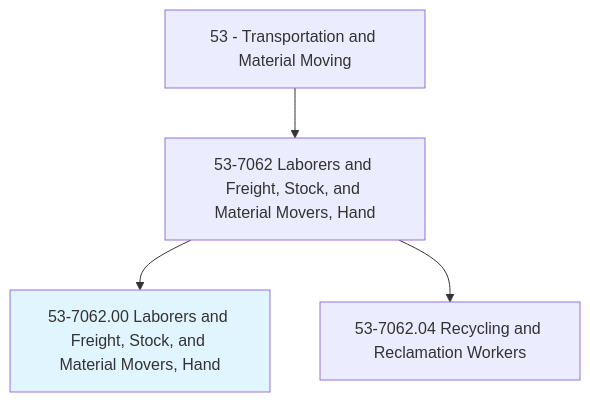
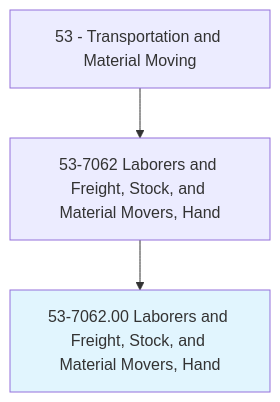
Before and after one commit to kziemski/business.org.ai: the first of 4 diagrams in occupations/Transportation/LaborersAndFreightStockAndMaterialMoversHand.mdx, drawn with Mermaid. The commit also changed other lines of this file and 938 other files, not shown here.

````diff
--- a/occupations/Transportation/LaborersAndFreightStockAndMaterialMoversHand.mdx
+++ b/occupations/Transportation/LaborersAndFreightStockAndMaterialMoversHand.mdx
@@ -19,7 +23,6 @@
 ```mermaid
 graph TD
     Cat53["53 - Transportation and Material Moving"] --> Group537062["53-7062 Laborers and Freight, Stock, and Material Movers, Hand"]
     Group537062 --> Current["53-7062.00 Laborers and Freight, Stock, and Material Movers, Hand"]
     style Current fill:#e1f5fe
-    Group537062 --> V53706204["53-7062.04 Recycling and Reclamation Workers"]
 ```
````
